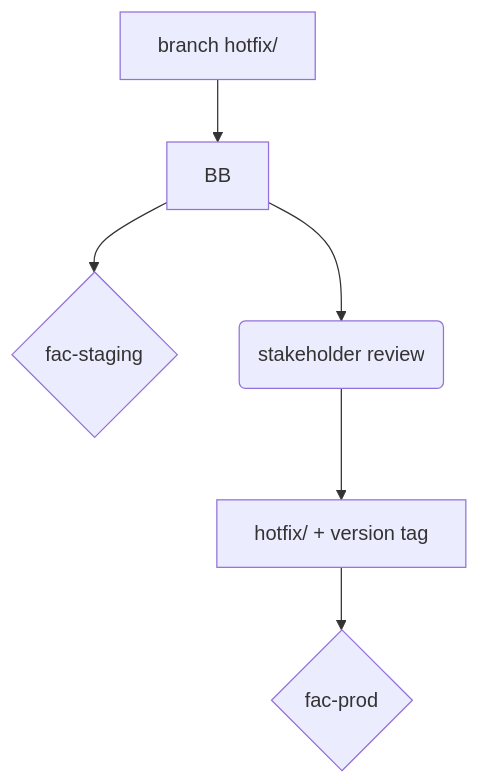
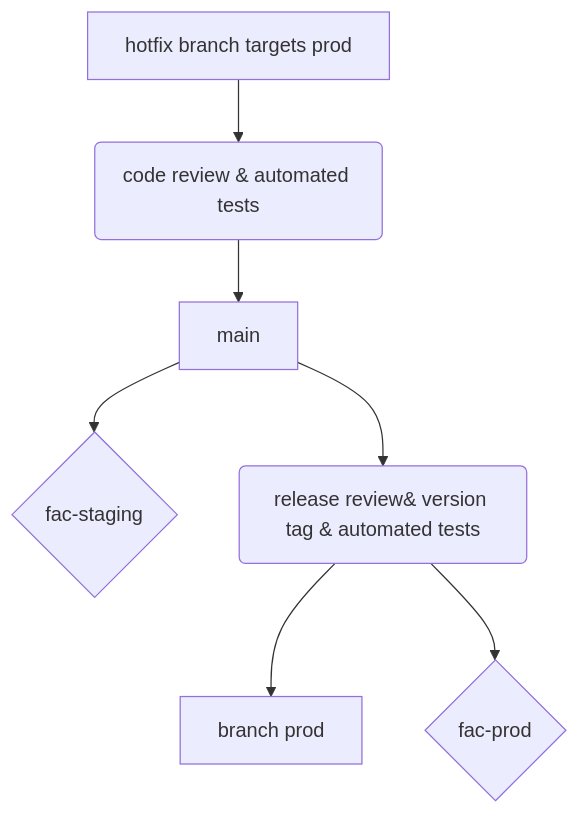
One commit to GSA-TTS/FAC changed the second of 3 diagrams in docs/branching.md. Above: the diagram before and after it, drawn with Mermaid. The commit also changed other lines of this file and 1 other file, not shown here.

````diff
--- a/docs/branching.md
+++ b/docs/branching.md
@@ -40,8 +52,9 @@
 ```mermaid
 graph TD
-    A["branch hotfix/"] --> BB
-    BB --> EB{fac-staging}
-    BB --> PC(stakeholder review)
-    PC --> BC["hotfix/ + version tag"]
-    BC --> EC{fac-prod}
+    A[hotfix branch targets prod] --> PA
+    PA(code review & automated tests) --> BA[main]
+    BA --> EA{fac-staging}
+    BA --> PB(release review& version tag & automated tests)
+    PB --> BB[branch prod]
+    PB --> EB{fac-prod}
 ```
````
